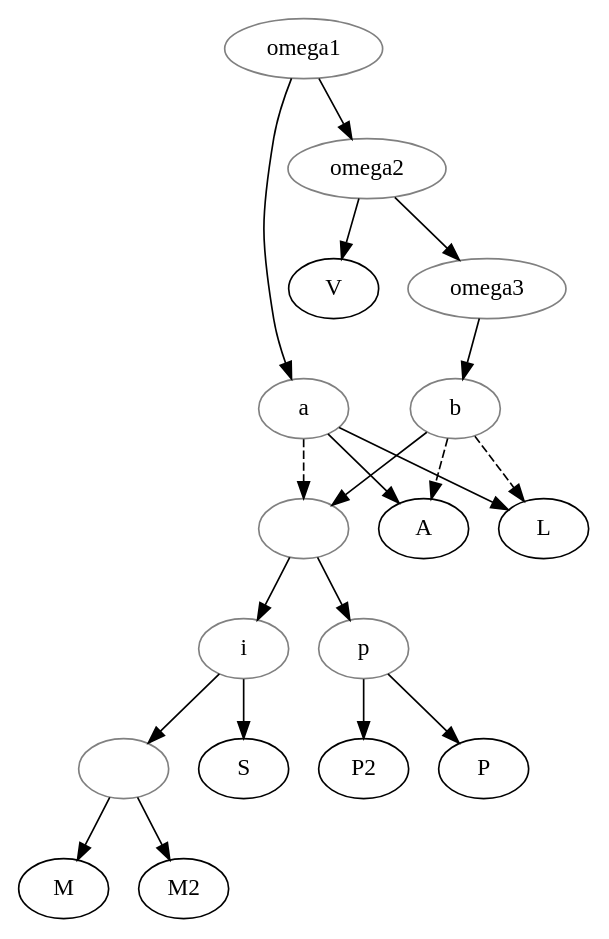
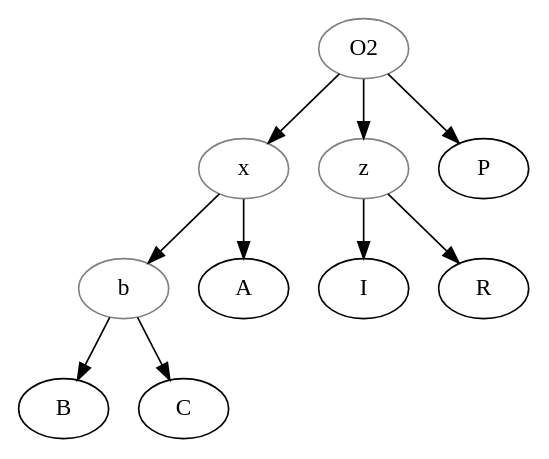
One commit to OpenStemmata/database changed the diagram in data/fro/Lepage_1979_NA/stemma.gv. Above: the diagram before and after it, drawn with Graphviz. The commit also changed 65 other files, not shown here.

```diff
--- a/data/fro/Lepage_1979_NA/stemma.gv
+++ b/data/fro/Lepage_1979_NA/stemma.gv
@@ -1,30 +1,15 @@
 digraph {
-1[label="", color="grey"];
-2[label="", color="grey"];
-a[color="grey"];
 b[color="grey"];
-i[color="grey"];
-omega1[color="grey"];
-omega2[color="grey"];
-omega3[color="grey"];
-p[color="grey"];
-omega1->a;
-a->A;
-a->L;
-a->1[style=dashed];
-omega1->omega2;
-omega2->V;
-omega2->omega3;
-omega3->b;
-b->L[style=dashed];
-b->A[style=dashed];
-b->1;
-1->p;
-p->P2;
-p->P;
-1->i;
-i->S;
-i->2;
-2->M;
-2->M2;
+O2[color="grey"];
+x[color="grey"];
+z[color="grey"];
+O2->x;
+x->A;
+x->b;
+b->B;
+b->C;
+O2->P;
+O2->z;
+z->I;
+z->R;
 }
```
